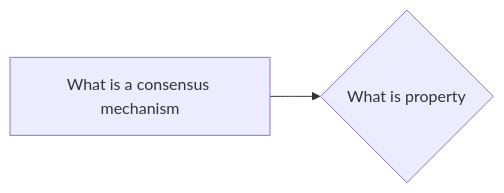
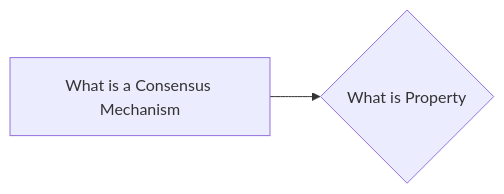
One commit to lpurdy01/crypto-knowledge-map changed the diagram in notes/What_is_Property.md. Above: the diagram before and after it, drawn with Mermaid. The commit also changed 50 other files, not shown here.

````diff
--- a/notes/What_is_Property.md
+++ b/notes/What_is_Property.md
@@ -8,4 +8,4 @@
 ```mermaid
 graph LR
-1["What is a consensus mechanism"]-->0{"What is property"}
+1["What is a Consensus Mechanism"]-->0{"What is Property"}
 ```
````
